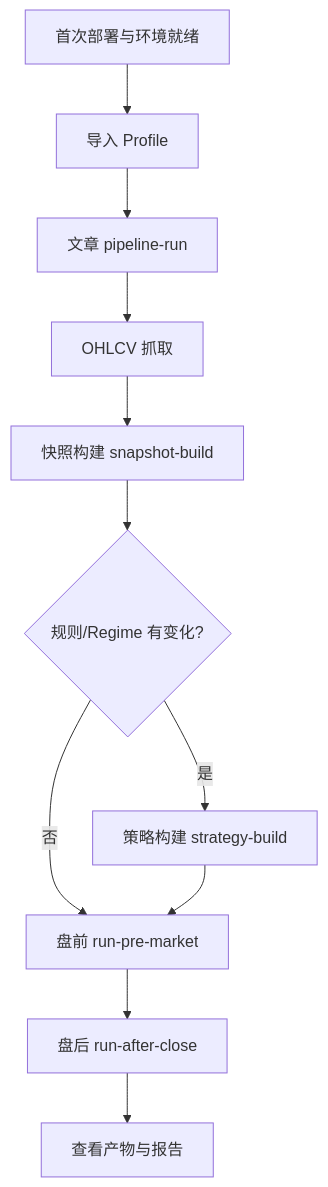
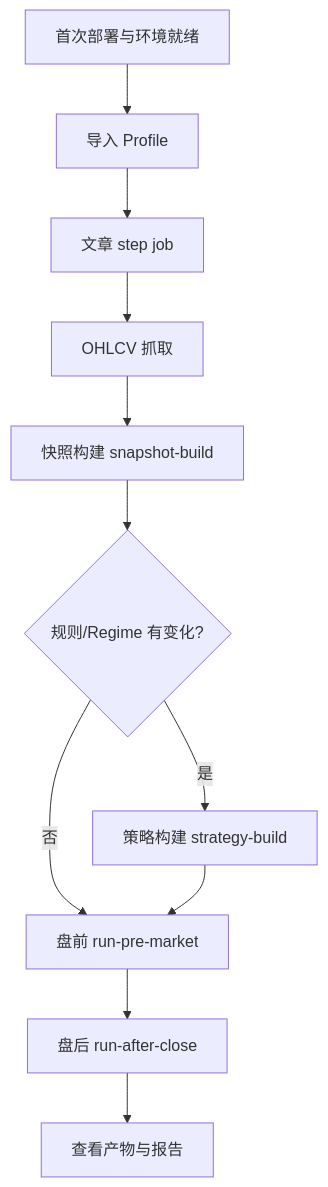
The diagram in trade-strategy-ai/docs/web-user-manual.md (xiyuxifeng/Trade), drawn with Mermaid before and after one commit. The commit also changed other lines of this file and 36 other files, not shown here.

````diff
--- a/trade-strategy-ai/docs/web-user-manual.md
+++ b/trade-strategy-ai/docs/web-user-manual.md
@@ -326,13 +473,13 @@
 ```mermaid
 flowchart TD
     A[首次部署与环境就绪] --> B[导入 Profile]
-    B --> C[文章 pipeline-run]
+    B --> C[文章 step job]
     C --> D[OHLCV 抓取]
     D --> E[快照构建 snapshot-build]
     E --> F{规则/Regime 有变化?}
     F -->|是| G[策略构建 strategy-build]
     F -->|否| H[盘前 run-pre-market]
     G --> H
     H --> I[盘后 run-after-close]
     I --> J[查看产物与报告]
 ```
````
